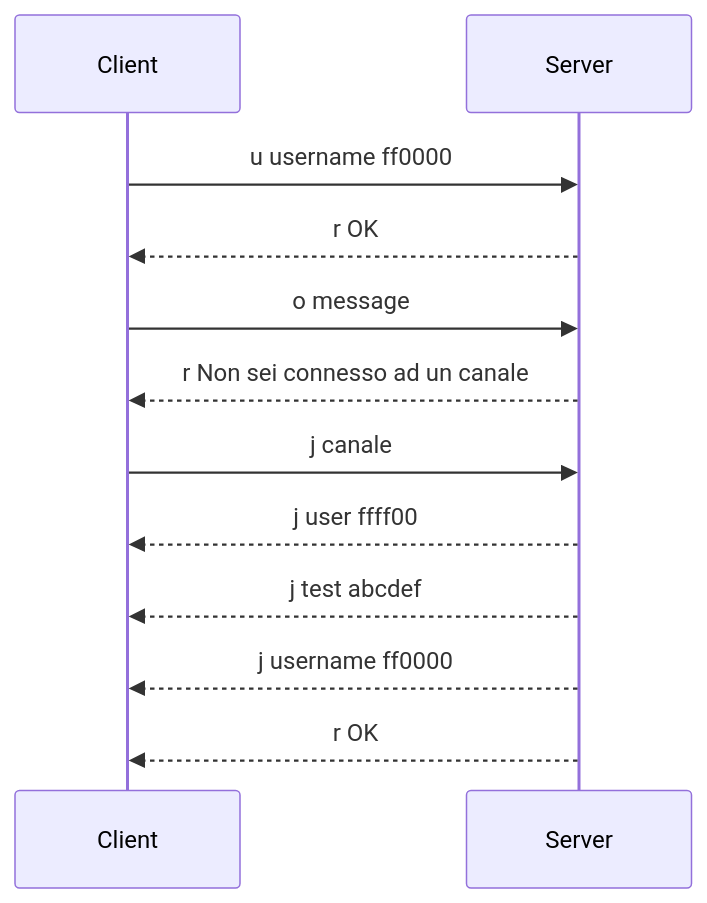
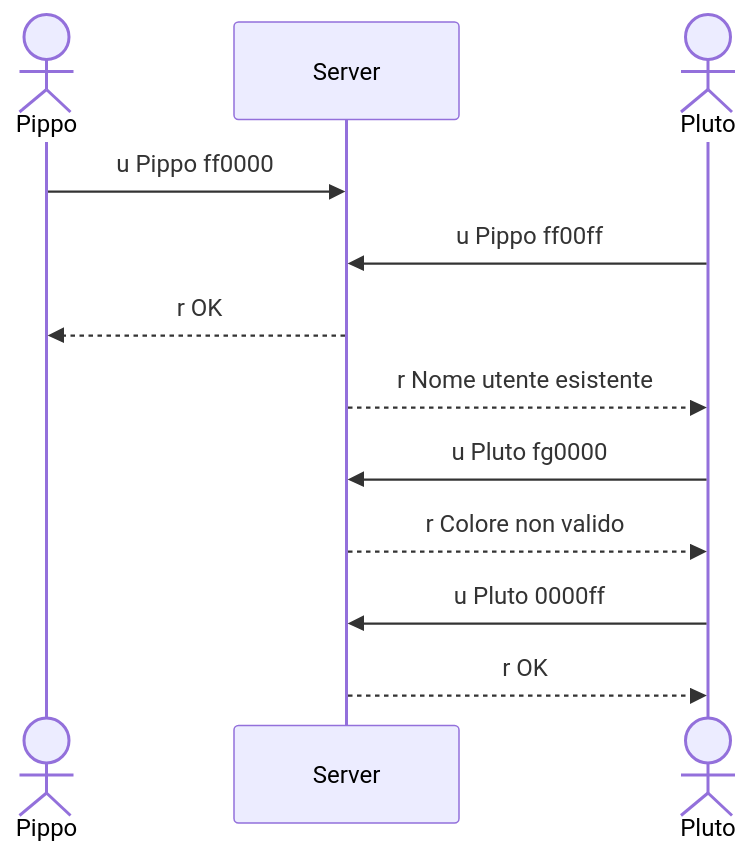
One commit to c0alfox/JavaChat changed the first of 3 diagrams in README.md. Above: the diagram before and after it, drawn with Mermaid. The commit also changed other lines of this file and 5 other files, not shown here.

````diff
--- a/README.md
+++ b/README.md
@@ -59,15 +107,15 @@
 ```mermaid
 sequenceDiagram
-participant Client
+actor Pippo
 participant Server
+actor Pluto
 
-Client->>Server: u username ff0000
-Server-->>Client: r OK
-Client->>Server: o message
-Server-->>Client: r Non sei connesso ad un canale
-Client->>Server: j canale
-Server-->>Client: j user ffff00
-Server-->>Client: j test abcdef
-Server-->>Client: j username ff0000
-Server-->>Client: r OK
+Pippo ->> Server: u Pippo ff0000
+Pluto ->> Server: u Pippo ff00ff
+Server -->> Pippo: r OK
+Server -->> Pluto: r Nome utente esistente
+Pluto ->> Server: u Pluto fg0000
+Server -->> Pluto: r Colore non valido
+Pluto ->> Server: u Pluto 0000ff
+Server -->> Pluto: r OK
 ```
````
